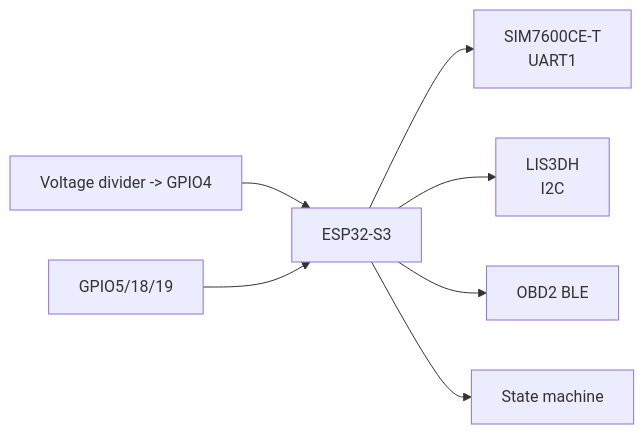
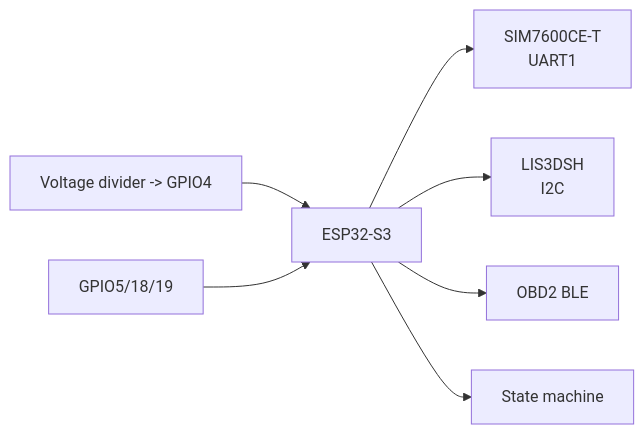
Before and after one commit to anmh1205/IoT_Vehicle_Tracking_System: the diagram in resources/reports/thesis/final/assets/uml/07-chuong-4-trien-khai-hardware-hinh-4-5.mmd, drawn with Mermaid. The commit also changed 332 other files, not shown here.

```diff
--- a/resources/reports/thesis/final/assets/uml/07-chuong-4-trien-khai-hardware-hinh-4-5.mmd
+++ b/resources/reports/thesis/final/assets/uml/07-chuong-4-trien-khai-hardware-hinh-4-5.mmd
@@ -1,9 +1,9 @@
 flowchart LR
     ADC["Voltage divider -> GPIO4"] --> MCU["ESP32-S3"]
     PWR["GPIO5/18/19"] --> MCU
     MCU --> Modem["SIM7600CE-T
 UART1"]
-    MCU --> IMU["LIS3DH
+    MCU --> IMU["LIS3DSH
 I2C"]
     MCU --> OBD["OBD2 BLE"]
     MCU --> Logic["State machine"]
```
